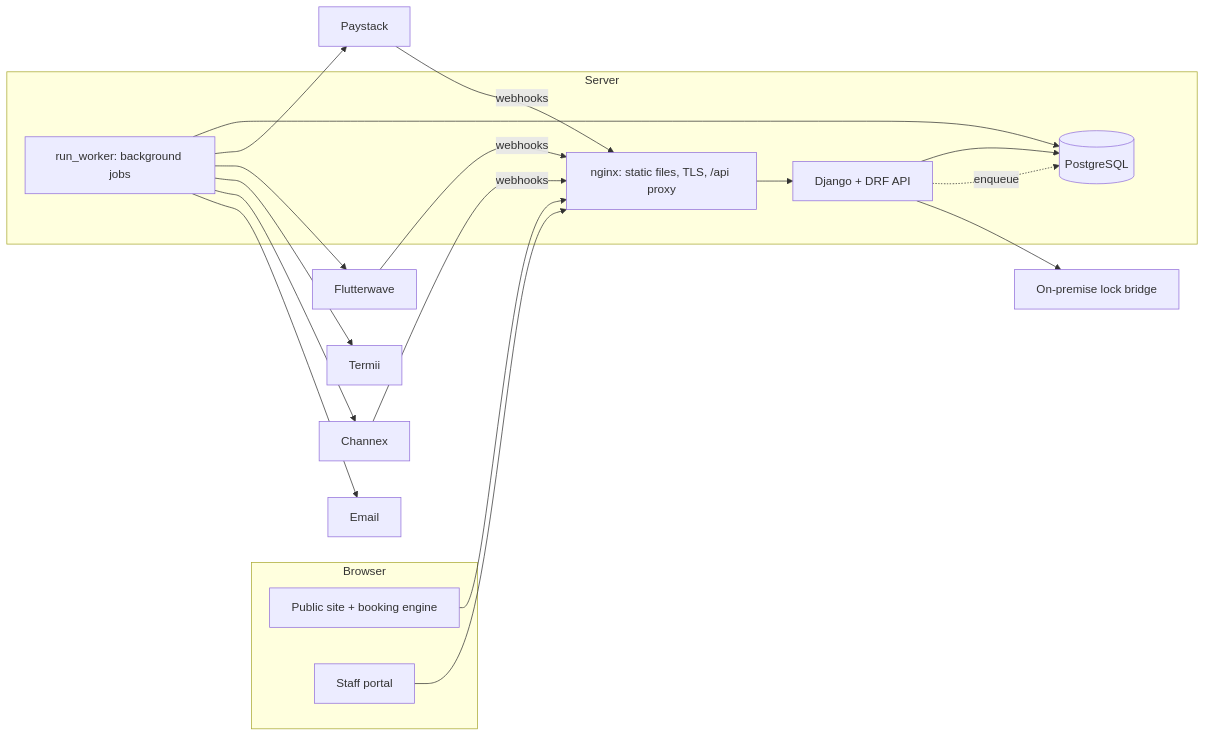
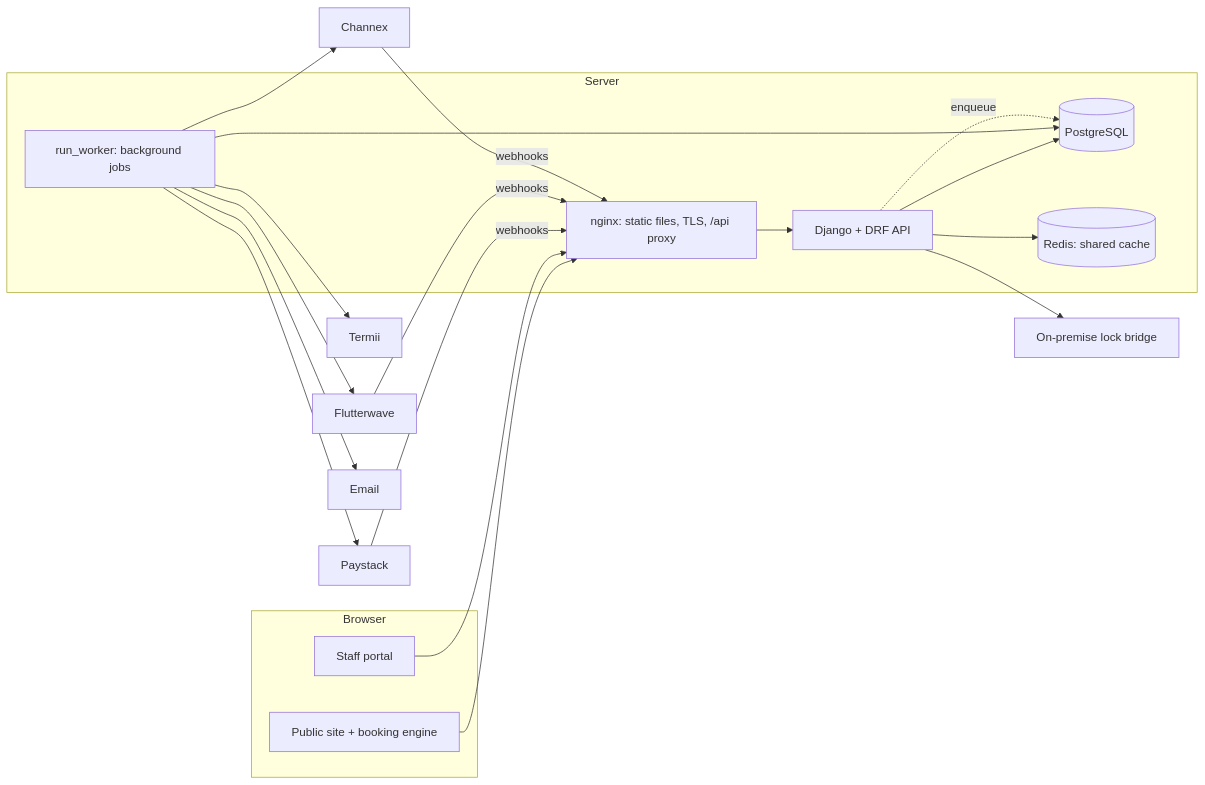
Before and after one commit to Almondsf/Hotel-Bookings: the first of 3 diagrams in docs/SYSTEM_OVERVIEW.md, drawn with Mermaid. The commit also changed other lines of this file and 20 other files, not shown here.

````diff
--- a/docs/SYSTEM_OVERVIEW.md
+++ b/docs/SYSTEM_OVERVIEW.md
@@ -165,24 +165,26 @@
 ```mermaid
 flowchart LR
     subgraph Browser
         Site[Public site + booking engine]
         Portal[Staff portal]
     end
     subgraph Server
         Nginx[nginx: static files, TLS, /api proxy]
         Django[Django + DRF API]
         Worker[run_worker: background jobs]
         DB[(PostgreSQL)]
+        Redis[(Redis: shared cache)]
     end
     Site --> Nginx
     Portal --> Nginx
     Nginx --> Django
     Django --> DB
+    Django --> Redis
     Worker --> DB
     Django -. enqueue .-> DB
     Worker --> Paystack & Flutterwave & Termii & Channex & SMTP[Email]
     Paystack -- webhooks --> Nginx
     Flutterwave -- webhooks --> Nginx
     Channex -- webhooks --> Nginx
     Django --> LockBridge[On-premise lock bridge]
 ```
````
